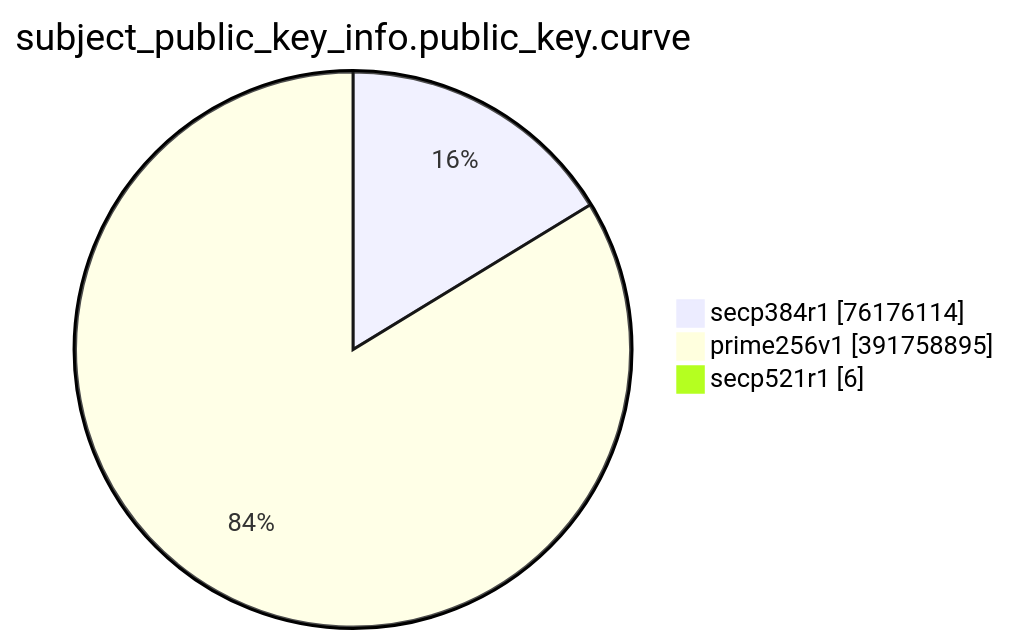
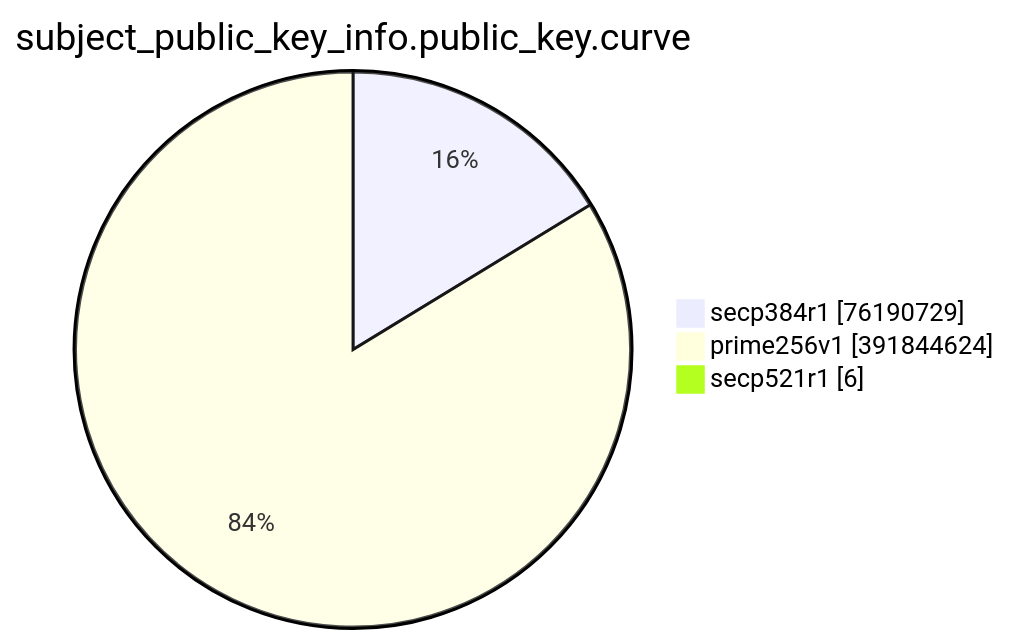
Before and after one commit to christiankrug/ctmonitor_visualization: the eighth of 15 diagrams in TOTAL/README.md, drawn with Mermaid. The commit also changed other lines of this file, not shown here.

````diff
--- a/TOTAL/README.md
+++ b/TOTAL/README.md
@@ -3094,7 +3094,7 @@
 ```mermaid
 pie showData
 title subject_public_key_info.public_key.curve
-"secp384r1" :76176114
-"prime256v1" :391758895
+"secp384r1" :76190729
+"prime256v1" :391844624
 "secp521r1" :6
 ```
````
